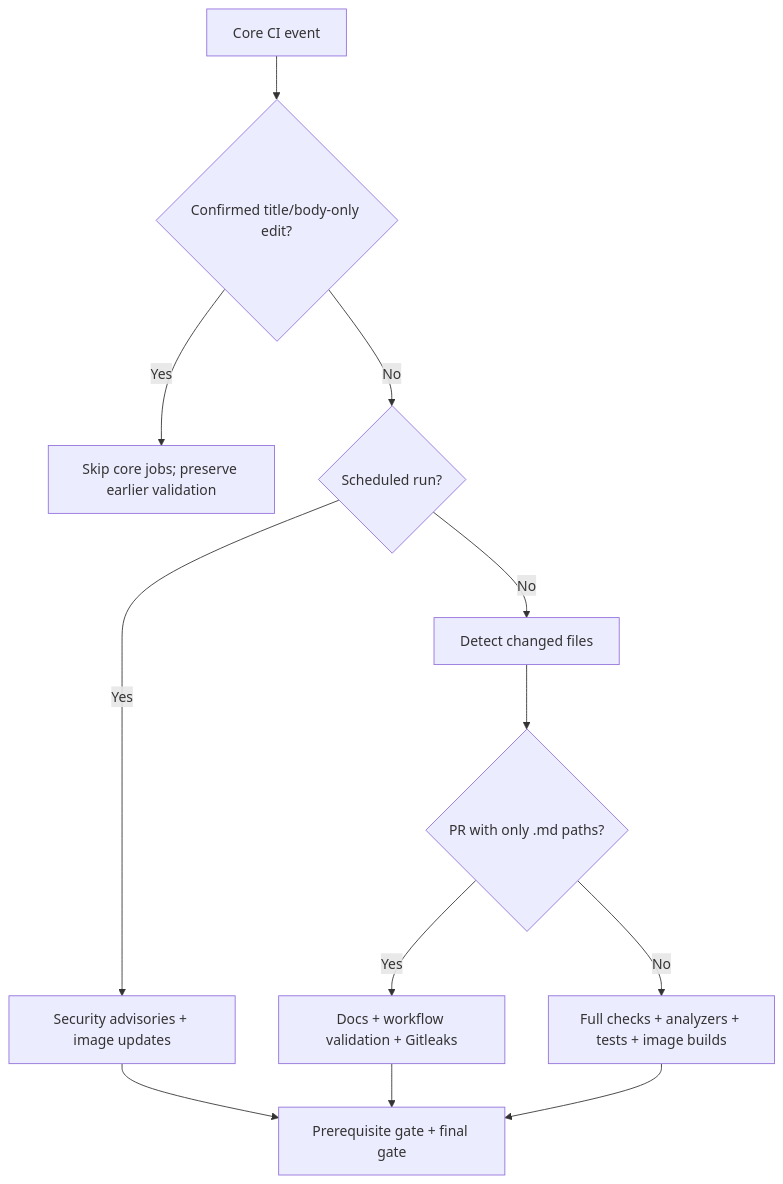
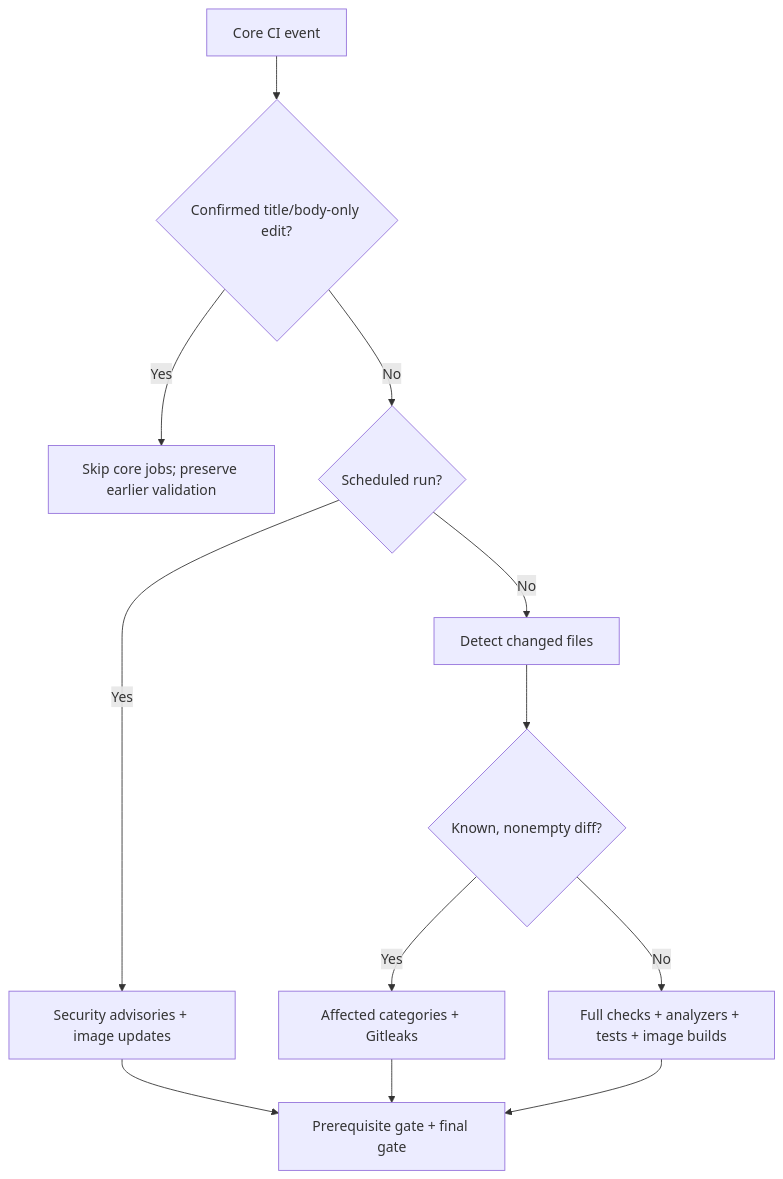
One commit to tarlepp/symfony-flex-backend changed the first of 3 diagrams in doc/GITHUB_WORKFLOWS.md. Above: the diagram before and after it, drawn with Mermaid. The commit also changed other lines of this file and 17 other files, not shown here.

Commit message:
Chore(ci): scope validation to affected changes and check Dev Container configuration

````diff
--- a/doc/GITHUB_WORKFLOWS.md
+++ b/doc/GITHUB_WORKFLOWS.md
@@ -116,14 +116,14 @@
 ```mermaid
 flowchart TD
     Event["Core CI event"] --> Metadata{"Confirmed title/body-only edit?"}
     Metadata -->|Yes| Skip["Skip core jobs; preserve earlier validation"]
     Metadata -->|No| Schedule{"Scheduled run?"}
     Schedule -->|Yes| Periodic["Security advisories + image updates"]
     Periodic --> Gates["Prerequisite gate + final gate"]
     Schedule -->|No| Changes["Detect changed files"]
-    Changes --> Docs{"PR with only .md paths?"}
-    Docs -->|Yes| Retained["Docs + workflow validation + Gitleaks"]
-    Retained --> Gates
-    Docs -->|No| Full["Full checks + analyzers + tests + image builds"]
+    Changes --> Known{"Known, nonempty diff?"}
+    Known -->|Yes| Selected["Affected categories + Gitleaks"]
+    Selected --> Gates
+    Known -->|No| Full["Full checks + analyzers + tests + image builds"]
     Full --> Gates
 ```
````
